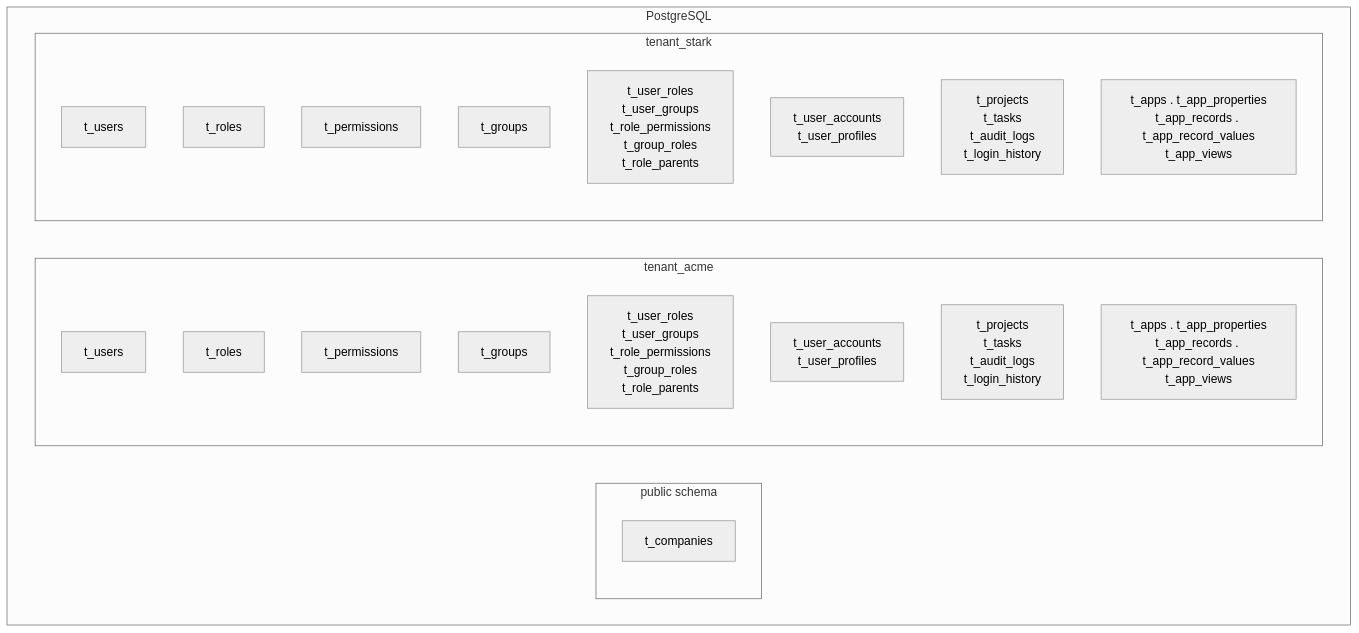
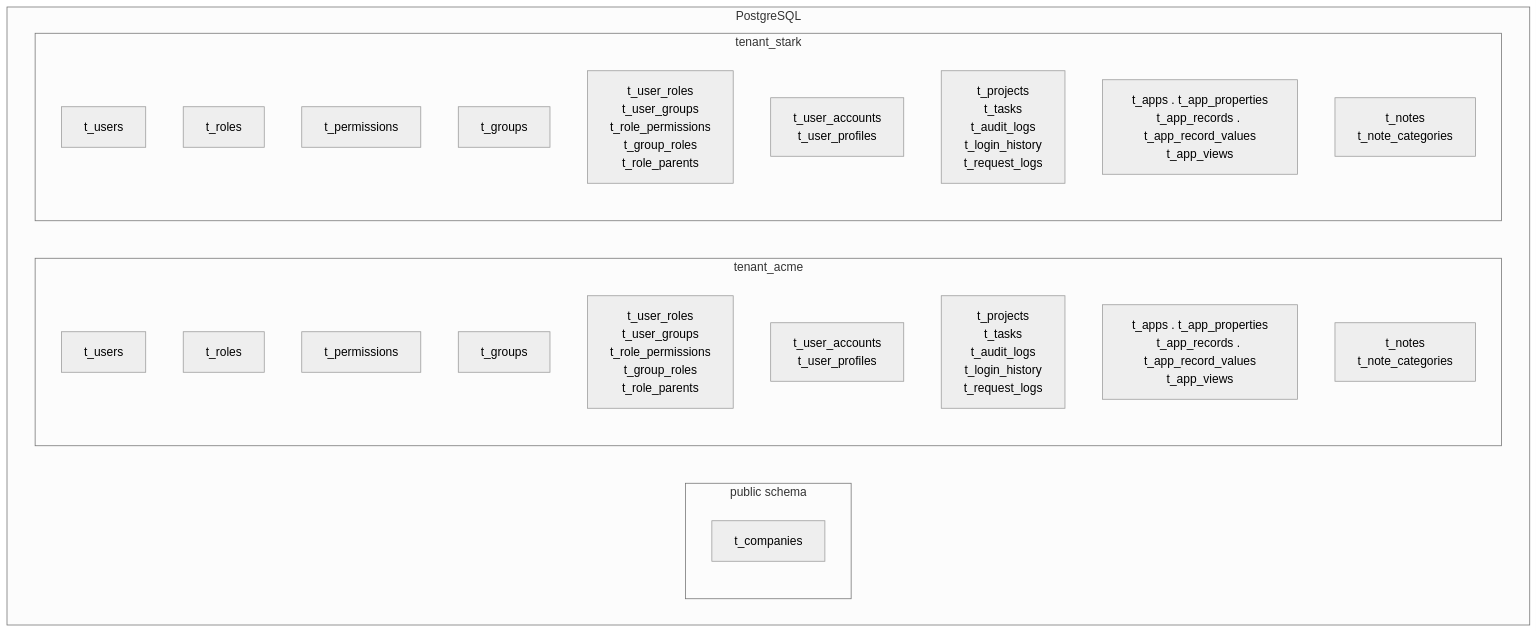
The third of 5 diagrams in docs/ARCHITECTURE.md (ibrhalil/forgesys), drawn with Mermaid (neutral theme) before and after one commit. The commit also changed other lines of this file and 8 other files, not shown here.

````diff
--- a/docs/ARCHITECTURE.md
+++ b/docs/ARCHITECTURE.md
@@ -88,28 +88,30 @@
 ```mermaid
 flowchart TB
     subgraph PG[PostgreSQL]
         subgraph Public[public schema]
             TC[t_companies]
         end
         subgraph T1[tenant_acme]
             TU1[t_users]
             TR1[t_roles]
             TP1[t_permissions]
             TG1[t_groups]
             TJoin1[t_user_roles<br/>t_user_groups<br/>t_role_permissions<br/>t_group_roles<br/>t_role_parents]
             TAcc1[t_user_accounts<br/>t_user_profiles]
-            TMod1[t_projects<br/>t_tasks<br/>t_audit_logs<br/>t_login_history]
+            TMod1[t_projects<br/>t_tasks<br/>t_audit_logs<br/>t_login_history<br/>t_request_logs]
             TApps1[t_apps . t_app_properties<br/>t_app_records . t_app_record_values<br/>t_app_views]
+            TNotes1[t_notes<br/>t_note_categories]
         end
         subgraph T2[tenant_stark]
             TU2[t_users]
             TR2[t_roles]
             TP2[t_permissions]
             TG2[t_groups]
             TJoin2[t_user_roles<br/>t_user_groups<br/>t_role_permissions<br/>t_group_roles<br/>t_role_parents]
             TAcc2[t_user_accounts<br/>t_user_profiles]
-            TMod2[t_projects<br/>t_tasks<br/>t_audit_logs<br/>t_login_history]
+            TMod2[t_projects<br/>t_tasks<br/>t_audit_logs<br/>t_login_history<br/>t_request_logs]
             TApps2[t_apps . t_app_properties<br/>t_app_records . t_app_record_values<br/>t_app_views]
+            TNotes2[t_notes<br/>t_note_categories]
         end
     end
 ```
````
